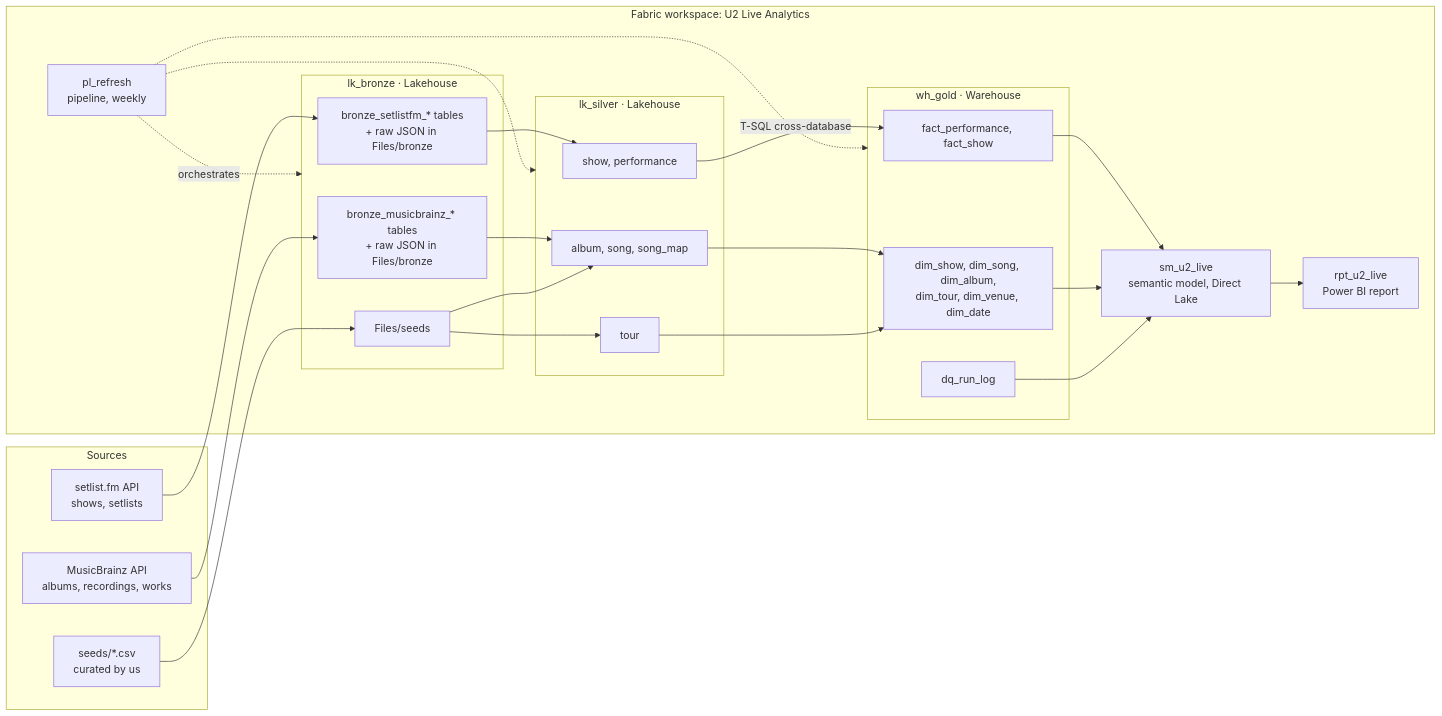
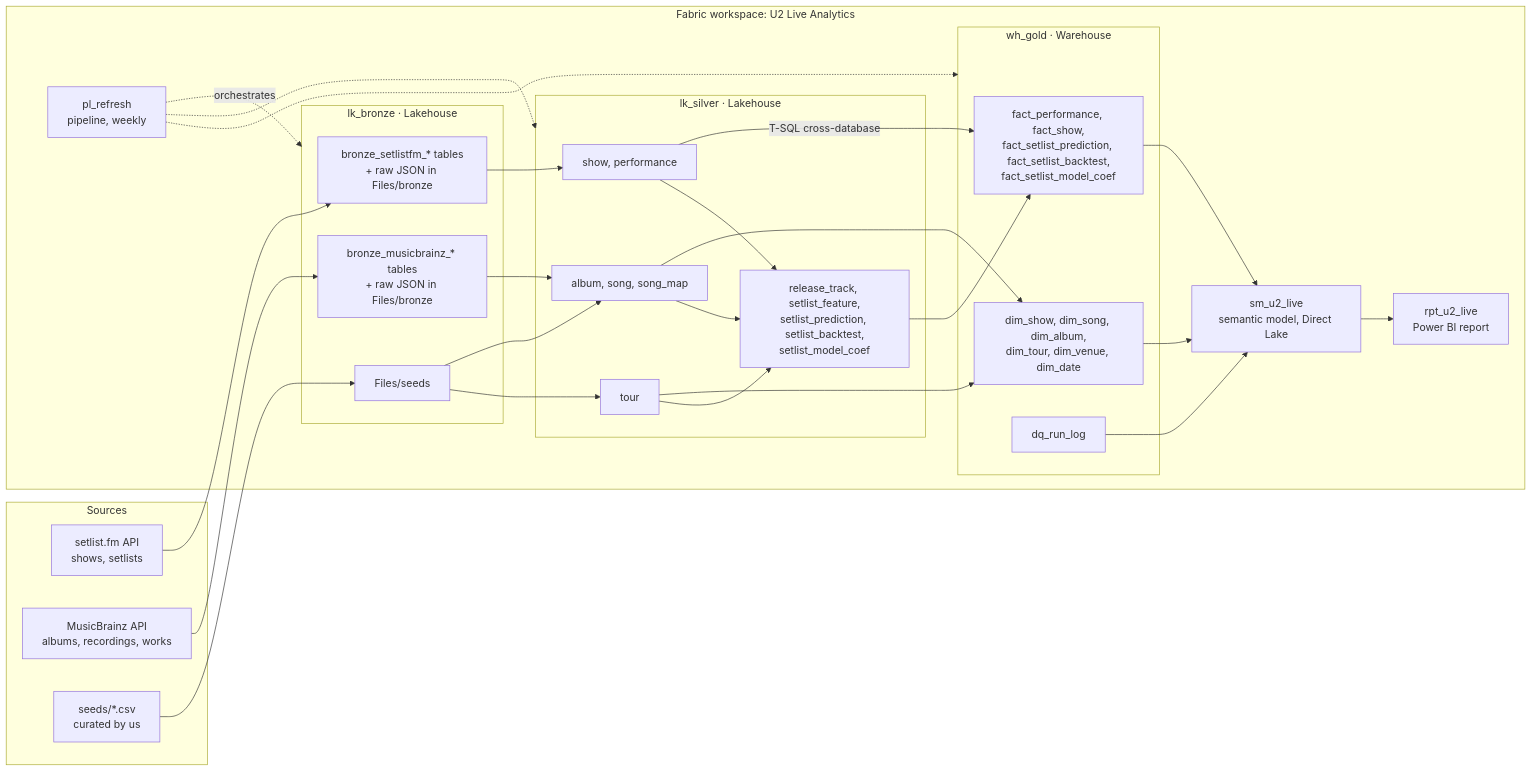
The first of 2 diagrams in docs/architecture.md (vicocbc/u2-live-analytics), drawn with Mermaid before and after one commit. The commit also changed other lines of this file and 45 other files, not shown here.

Commit message:
T-49/T-50/T-51: Gold setlist facts and pipeline, model measures and DAX tests, page 10 Next tour

````diff
--- a/docs/architecture.md
+++ b/docs/architecture.md
@@ -5,47 +5,52 @@
 ```mermaid
 flowchart LR
   subgraph Sources
     SF[setlist.fm API<br/>shows, setlists]
     MB[MusicBrainz API<br/>albums, recordings, works]
     SD[seeds/*.csv<br/>curated by us]
   end
 
   subgraph WS["Fabric workspace: U2 Live Analytics"]
     subgraph BR[lk_bronze · Lakehouse]
       B1[bronze_setlistfm_* tables<br/>+ raw JSON in Files/bronze]
       B2[bronze_musicbrainz_* tables<br/>+ raw JSON in Files/bronze]
       B3[Files/seeds]
     end
     subgraph SI[lk_silver · Lakehouse]
       S1[show, performance]
       S2[album, song, song_map]
       S3[tour]
+      S4[release_track, setlist_feature,<br/>setlist_prediction, setlist_backtest,<br/>setlist_model_coef]
     end
     subgraph GO[wh_gold · Warehouse]
-      G1[fact_performance, fact_show]
+      G1[fact_performance, fact_show,<br/>fact_setlist_prediction, fact_setlist_backtest,<br/>fact_setlist_model_coef]
       G2[dim_show, dim_song, dim_album,<br/>dim_tour, dim_venue, dim_date]
       G3[dq_run_log]
     end
     SM[sm_u2_live<br/>semantic model, Direct Lake]
     RPT[rpt_u2_live<br/>Power BI report]
     PL[pl_refresh<br/>pipeline, weekly]
   end
 
   SF --> B1
   MB --> B2
   SD --> B3
   B1 --> S1
   B2 --> S2
   B3 --> S2
   B3 --> S3
   S1 -->|T-SQL cross-database| G1
   S2 --> G2
   S3 --> G2
+  S1 --> S4
+  S2 --> S4
+  S3 --> S4
+  S4 --> G1
   G1 --> SM
   G2 --> SM
   G3 --> SM
   SM --> RPT
   PL -.orchestrates.-> BR
   PL -.-> SI
   PL -.-> GO
 ```
````
